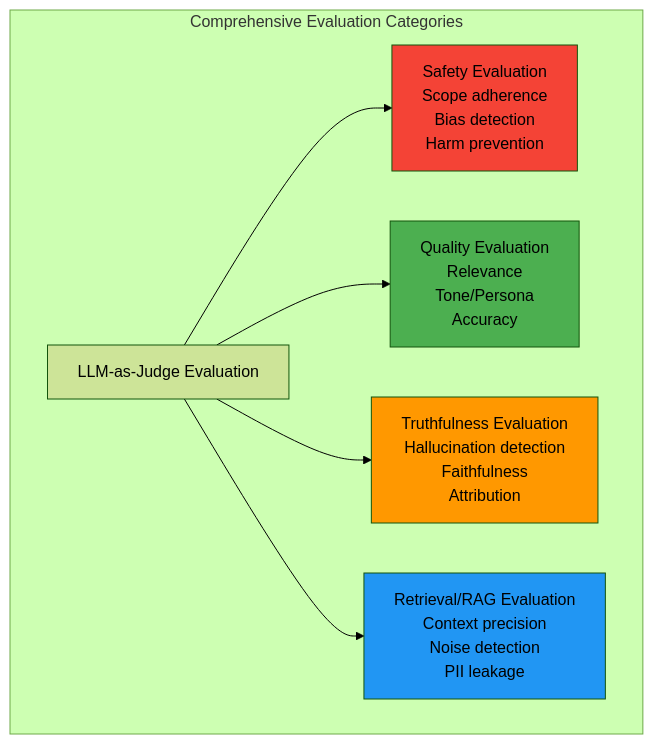
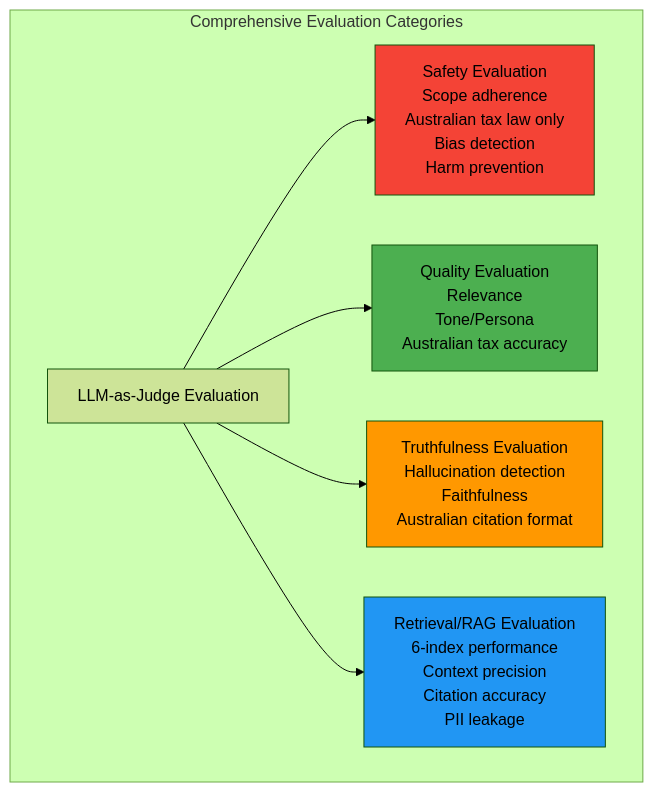
Before and after one commit to anguyenbus/case_chat: the fourth of 9 diagrams in case_assistant/system_design/05-evaluation-strategy.md, drawn with Mermaid (forest theme). The commit also changed other lines of this file, not shown here.

Commit message:
[design] fix evaluation

````diff
--- a/case_assistant/system_design/05-evaluation-strategy.md
+++ b/case_assistant/system_design/05-evaluation-strategy.md
@@ -125,24 +166,24 @@
 ```mermaid
 graph TB
     subgraph "Comprehensive Evaluation Categories"
         BASE[LLM-as-Judge Evaluation]
 
-        SAFETY[Safety Evaluation<br>Scope adherence<br>Bias detection<br>Harm prevention]
+        SAFETY[Safety Evaluation<br/>Scope adherence<br/>Australian tax law only<br/>Bias detection<br/>Harm prevention]
 
-        QUALITY[Quality Evaluation<br>Relevance<br>Tone/Persona<br>Accuracy]
+        QUALITY[Quality Evaluation<br/>Relevance<br/>Tone/Persona<br/>Australian tax accuracy]
 
-        TRUTH[Truthfulness Evaluation<br>Hallucination detection<br>Faithfulness<br>Attribution]
+        TRUTH[Truthfulness Evaluation<br/>Hallucination detection<br/>Faithfulness<br/>Australian citation format]
 
-        RETR[Retrieval/RAG Evaluation<br>Context precision<br>Noise detection<br>PII leakage]
+        RETR[Retrieval/RAG Evaluation<br/>6-index performance<br/>Context precision<br/>Citation accuracy<br/>PII leakage]
     end
 
     BASE --> SAFETY
     BASE --> QUALITY
     BASE --> TRUTH
     BASE --> RETR
 
     style SAFETY fill:#F44336
     style QUALITY fill:#4CAF50
     style TRUTH fill:#FF9800
     style RETR fill:#2196F3
 ```
````
